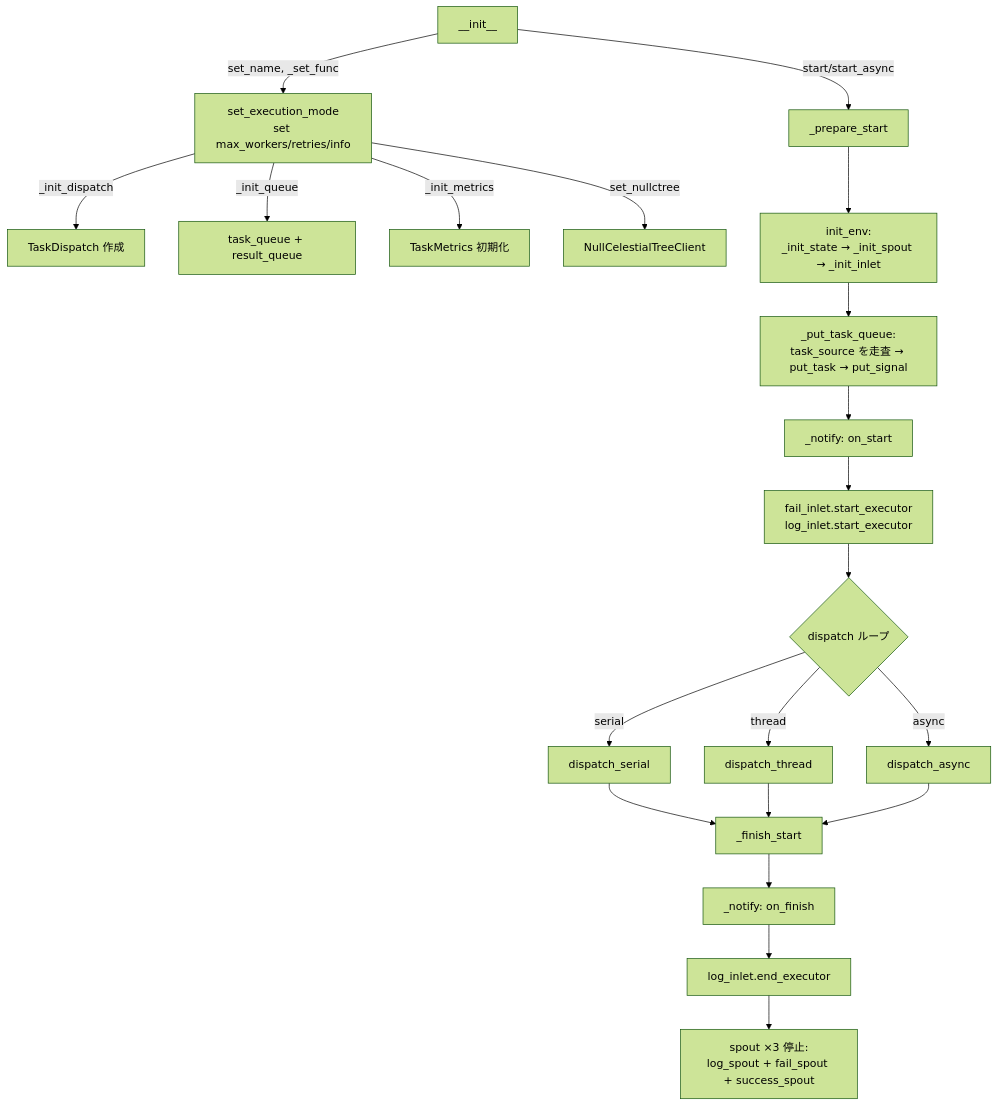
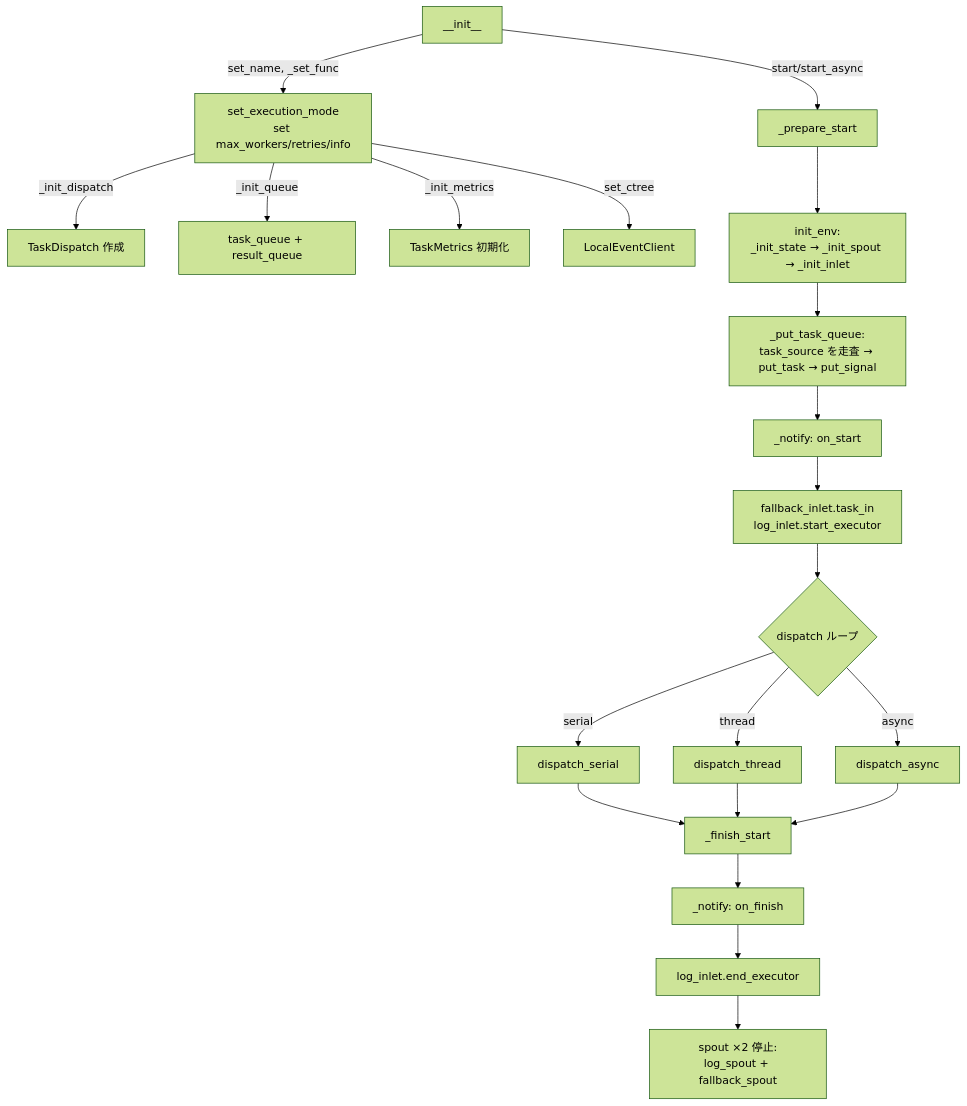
The diagram in docs/ja/src/stage/core_executor.md (Mr-xiaotian/CelestialFlow), drawn with Mermaid (forest theme) before and after one commit. The commit also changed other lines of this file and 168 other files, not shown here.

````diff
--- a/docs/ja/src/stage/core_executor.md
+++ b/docs/ja/src/stage/core_executor.md
@@ -164,27 +174,27 @@
 ```mermaid
 flowchart TD
     INIT[__init__] -->|set_name, _set_func| CONFIG[set_execution_mode<br/>set max_workers/retries/info]
     CONFIG -->|_init_dispatch| DISPATCH[TaskDispatch 作成]
     CONFIG -->|_init_queue| QUEUE[task_queue + result_queue]
     CONFIG -->|_init_metrics| METRICS[TaskMetrics 初期化]
-    CONFIG -->|set_nullctree| CTREE[NullCelestialTreeClient]
+    CONFIG -->|set_ctree| CTREE[LocalEventClient]
 
     INIT -->|start/start_async| PREPARE[_prepare_start]
     PREPARE --> ENV[init_env:<br/>_init_state → _init_spout → _init_inlet]
     ENV --> PUT[_put_task_queue:<br/>task_source を走査 → put_task → put_signal]
     PUT --> NOTIFY_START[_notify: on_start]
-    NOTIFY_START --> LOG_START[fail_inlet.start_executor<br/>log_inlet.start_executor]
+    NOTIFY_START --> LOG_START[fallback_inlet.task_in<br/>log_inlet.start_executor]
 
     LOG_START --> RUN{dispatch ループ}
     RUN -->|serial| SERIAL[dispatch_serial]
     RUN -->|thread| THREAD[dispatch_thread]
     RUN -->|async| ASYNC[dispatch_async]
 
     SERIAL --> FINISH[_finish_start]
     THREAD --> FINISH
     ASYNC --> FINISH
 
     FINISH --> NOTIFY_END[_notify: on_finish]
     NOTIFY_END --> LOG_END[log_inlet.end_executor]
-    LOG_END --> STOP[spout ×3 停止:<br/>log_spout + fail_spout + success_spout]
+    LOG_END --> STOP[spout ×2 停止:<br/>log_spout + fallback_spout]
 ```
````
